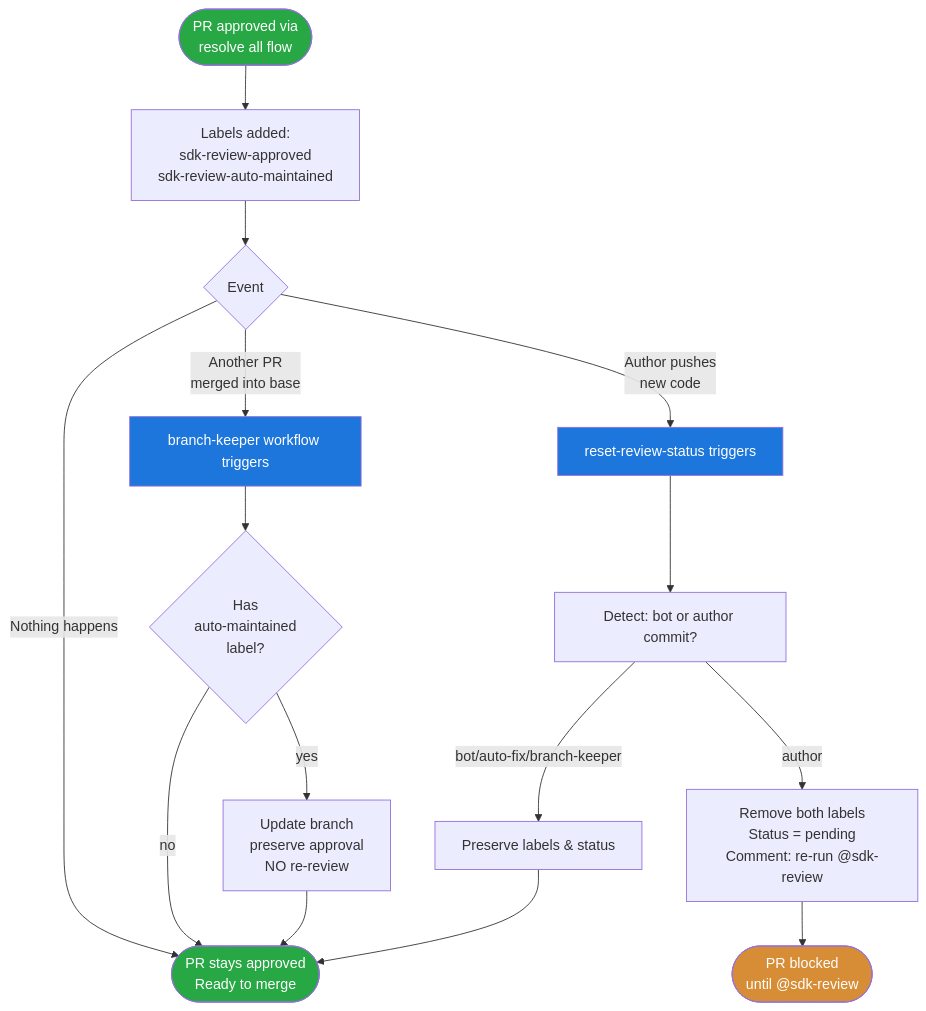
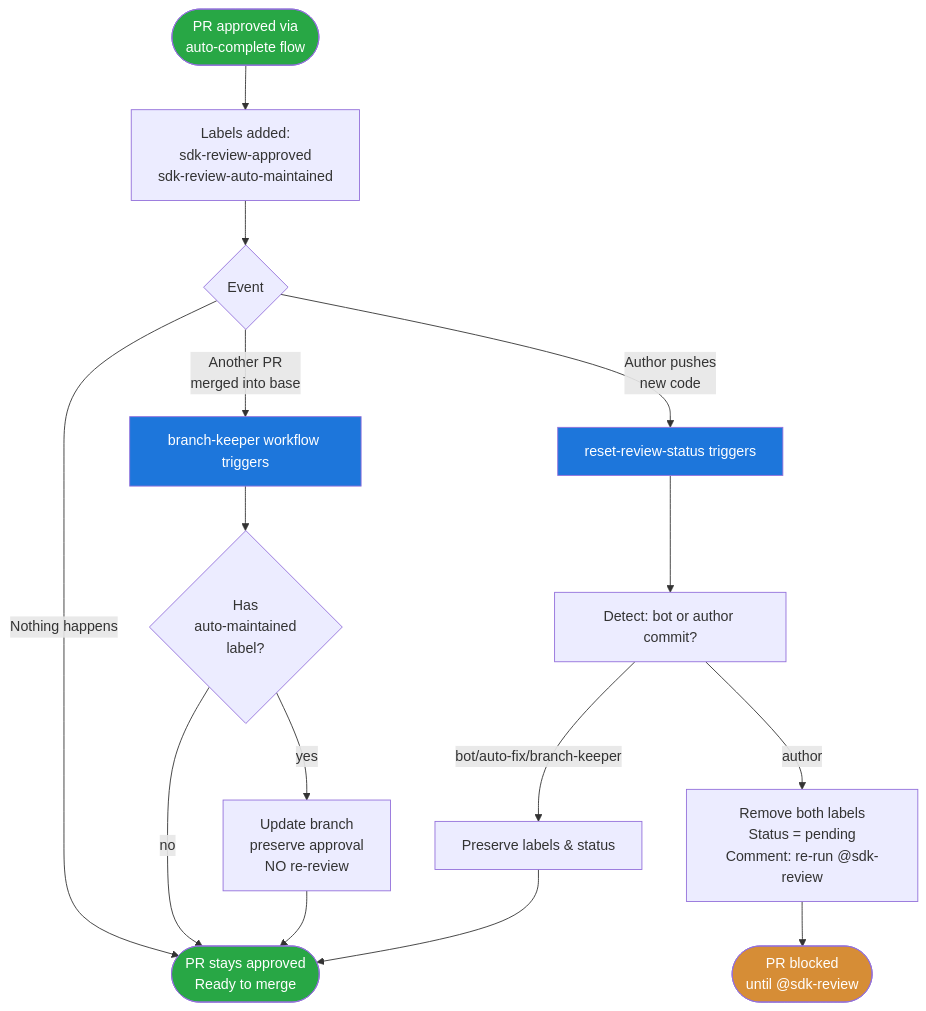
One commit to atlanhq/application-sdk changed the fourth of 8 diagrams in .claude/skills/sdk-review/FLOW.md. Above: the diagram before and after it, drawn with Mermaid. The commit also changed other lines of this file and 3 other files, not shown here.

First line of the commit message:
docs(sdk-review): update all references to auto-complete + stop naming

````diff
--- a/.claude/skills/sdk-review/FLOW.md
+++ b/.claude/skills/sdk-review/FLOW.md
@@ -162,27 +170,27 @@
 ```mermaid
 flowchart TD
-    A([PR approved via<br/>resolve all flow]) --> B[Labels added:<br/>sdk-review-approved<br/>sdk-review-auto-maintained]
+    A([PR approved via<br/>auto-complete flow]) --> B[Labels added:<br/>sdk-review-approved<br/>sdk-review-auto-maintained]
 
     B --> C{Event}
 
     C -->|Another PR<br/>merged into base| D[branch-keeper workflow triggers]
     C -->|Author pushes<br/>new code| E[reset-review-status triggers]
     C -->|Nothing happens| F([PR stays approved<br/>Ready to merge])
 
     D --> D1{Has<br/>auto-maintained<br/>label?}
     D1 -->|yes| D2[Update branch<br/>preserve approval<br/>NO re-review]
     D1 -->|no| F
     D2 --> F
 
     E --> E1[Detect: bot or author commit?]
     E1 -->|bot/auto-fix/branch-keeper| E2[Preserve labels & status]
     E1 -->|author| E3[Remove both labels<br/>Status = pending<br/>Comment: re-run @sdk-review]
     E2 --> F
     E3 --> G([PR blocked<br/>until @sdk-review])
 
     style A fill:#28a745,color:#fff
     style F fill:#28a745,color:#fff
     style G fill:#d68d36,color:#fff
     style D fill:#1d76db,color:#fff
     style E fill:#1d76db,color:#fff
 ```
````
